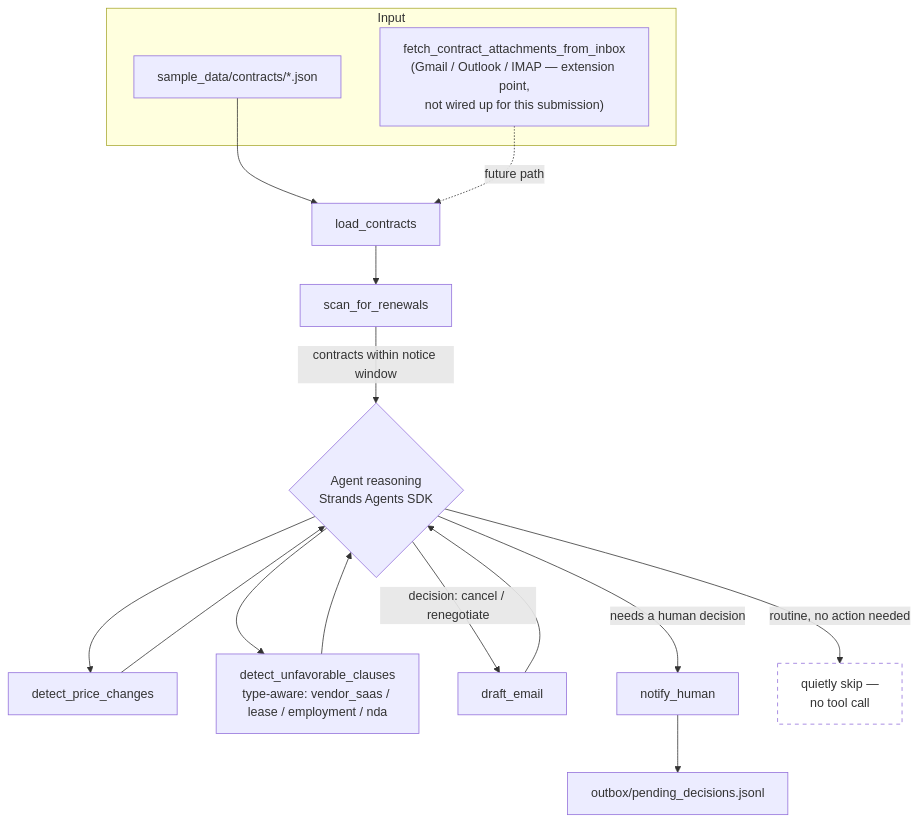
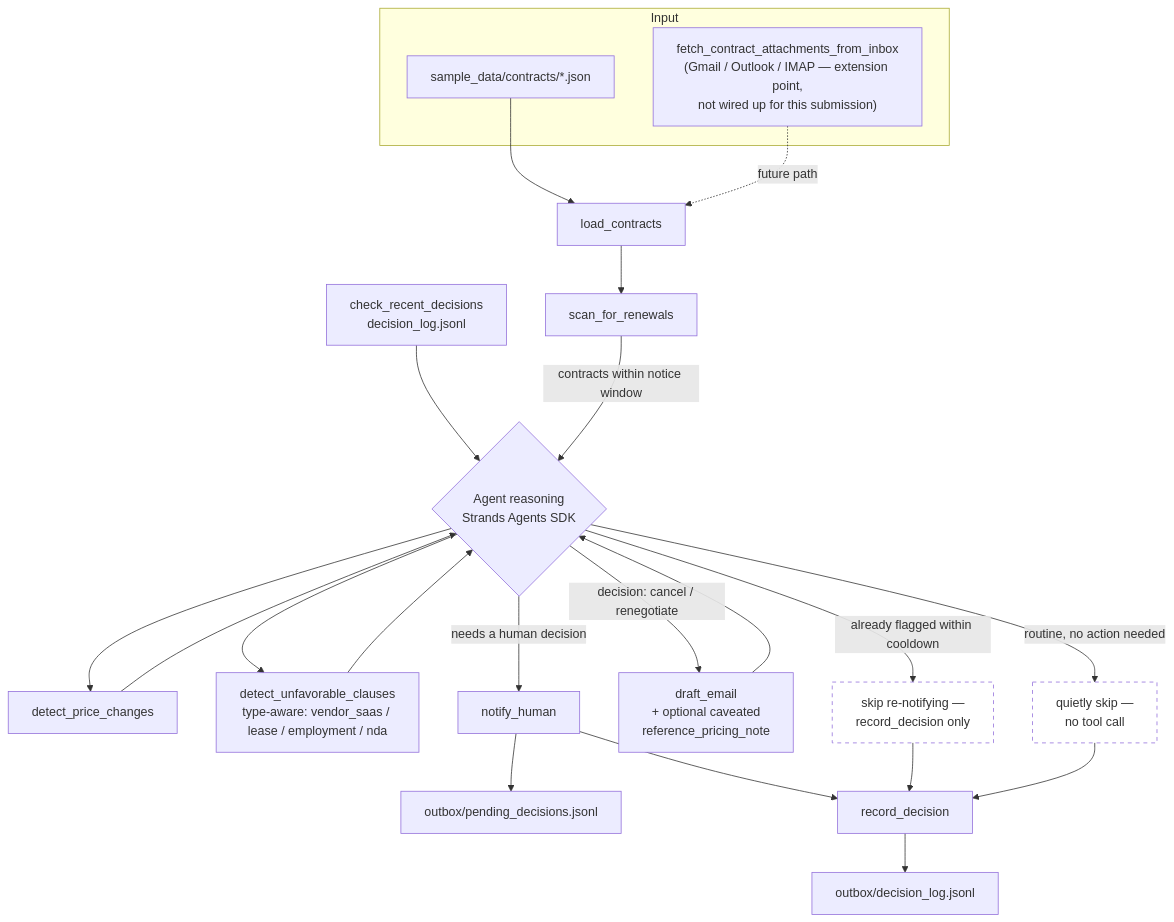
Before and after one commit to shivansh193/contract-watchdog-agent: the diagram in ARCHITECTURE.md, drawn with Mermaid. The commit also changed other lines of this file and 13 other files, not shown here.

````diff
--- a/ARCHITECTURE.md
+++ b/ARCHITECTURE.md
@@ -3,28 +3,36 @@
 ```mermaid
 flowchart TD
     subgraph Input
         A[sample_data/contracts/*.json]
         M["fetch_contract_attachments_from_inbox\n(Gmail / Outlook / IMAP — extension point,\nnot wired up for this submission)"]
     end
 
+    CRD[check_recent_decisions\ndecision_log.jsonl] --> REASON{Agent reasoning\nStrands Agents SDK}
+
     A --> LC[load_contracts]
     M -.future path.-> LC
 
     LC --> SR[scan_for_renewals]
-    SR -->|contracts within notice window| REASON{Agent reasoning\nStrands Agents SDK}
+    SR -->|contracts within notice window| REASON
 
     REASON --> PC[detect_price_changes]
     REASON --> UC[detect_unfavorable_clauses\ntype-aware: vendor_saas / lease / employment / nda]
     PC --> REASON
     UC --> REASON
 
-    REASON -->|decision: cancel / renegotiate| DE[draft_email]
+    REASON -->|already flagged within cooldown| SKIP2[skip re-notifying —\nrecord_decision only]
+    REASON -->|decision: cancel / renegotiate| DE[draft_email\n+ optional caveated\nreference_pricing_note]
     DE --> REASON
 
     REASON -->|needs a human decision| NH[notify_human]
     REASON -->|routine, no action needed| SKIP[quietly skip —\nno tool call]
 
     NH --> OUT[outbox/pending_decisions.jsonl]
+    NH --> RD[record_decision]
+    SKIP2 --> RD
+    SKIP --> RD
+    RD --> LOG[outbox/decision_log.jsonl]
 
     style SKIP fill:transparent,stroke-dasharray: 5 5
+    style SKIP2 fill:transparent,stroke-dasharray: 5 5
 ```
````
